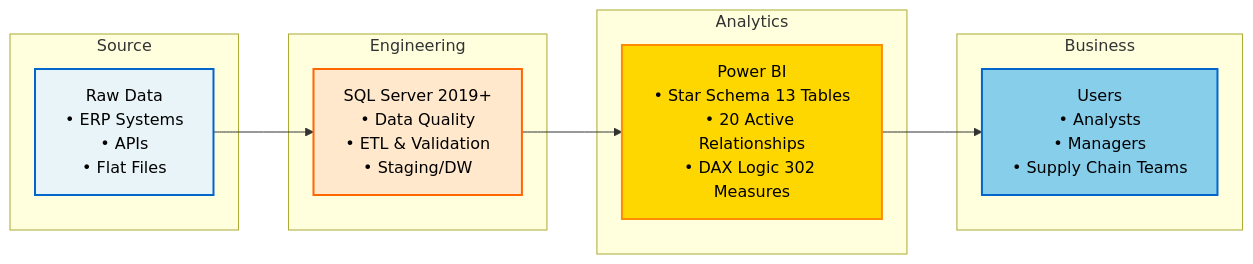
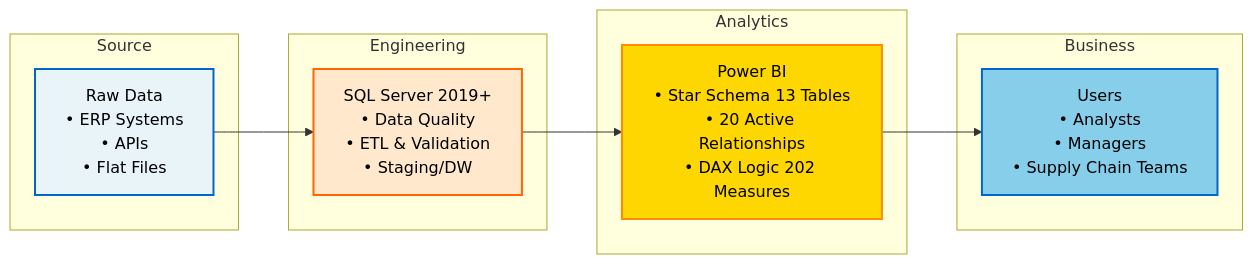
Before and after one commit to Data-Marc/pharma-logistics-bi: the diagram in README.md, drawn with Mermaid. The commit also changed other lines of this file and 5 other files, not shown here.

````diff
--- a/README.md
+++ b/README.md
@@ -43,27 +43,27 @@
 ```mermaid
 graph LR
     subgraph "Source"
     A["Raw Data<br/>• ERP Systems<br/>• APIs<br/>• Flat Files"]
     end
     
     subgraph "Engineering"
     B["SQL Server 2019+<br/>• Data Quality<br/>• ETL & Validation<br/>• Staging/DW"]
     end
     
     subgraph "Analytics"
-    C["Power BI<br/>• Star Schema 13 Tables<br/>• 20 Active Relationships<br/>• DAX Logic 302 Measures"]
+    C["Power BI<br/>• Star Schema 13 Tables<br/>• 20 Active Relationships<br/>• DAX Logic 202 Measures"]
     end
     
     subgraph "Business"
     D["Users<br/>• Analysts<br/>• Managers<br/>• Supply Chain Teams"]
     end
 
     A --> B
     B --> C
     C --> D
     
     style A fill:#e8f4f8,stroke:#0066cc,stroke-width:2px,color:#000
     style B fill:#ffe8cc,stroke:#ff6600,stroke-width:2px,color:#000
     style C fill:#ffd700,stroke:#ff8c00,stroke-width:2px,color:#000
     style D fill:#87ceeb,stroke:#0066cc,stroke-width:2px,color:#000
 ```
````
